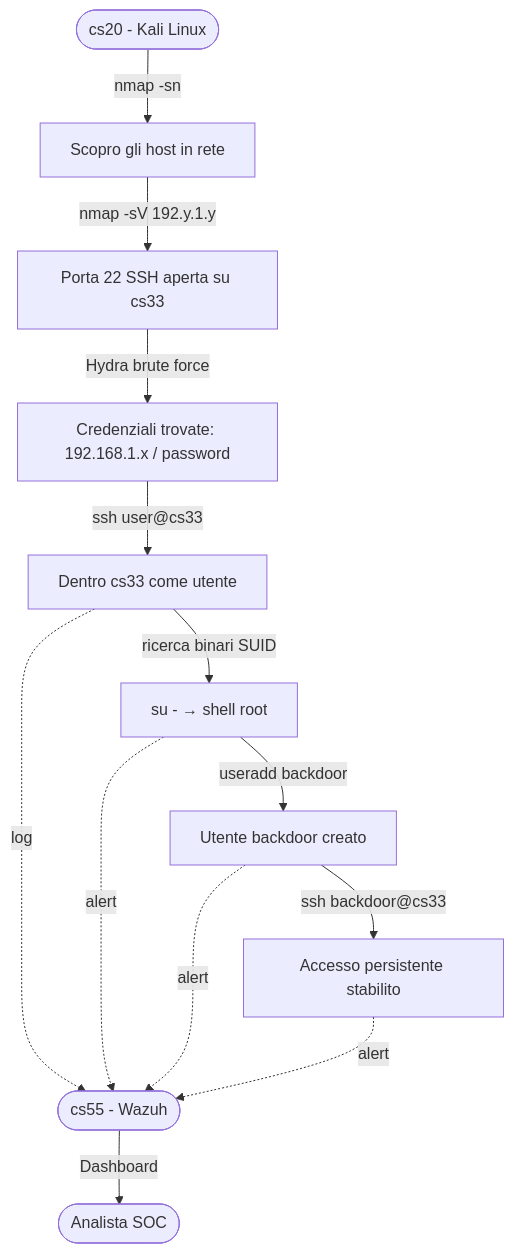
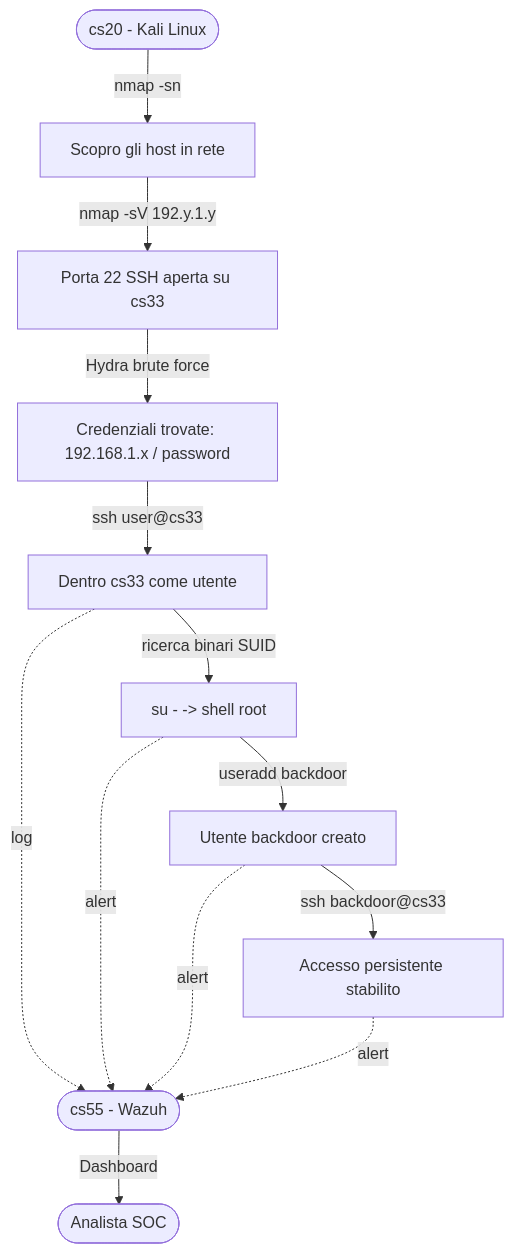
One commit to MindfulLearner/dimaNet-homeLabServer changed the diagram in soc-siem-lab/it/plan-1.md. Above: the diagram before and after it, drawn with Mermaid. The commit also changed 25 other files, not shown here.

````diff
--- a/soc-siem-lab/it/plan-1.md
+++ b/soc-siem-lab/it/plan-1.md
@@ -18,17 +18,17 @@
 ```mermaid
 flowchart TD
     A([cs20 - Kali Linux]) -->|nmap -sn| B[Scopro gli host in rete]
     B -->|nmap -sV 192.y.1.y| C[Porta 22 SSH aperta su cs33]
     C -->|Hydra brute force| D["Credenziali trovate: 192.168.1.x / password"]
     D -->|"ssh user@cs33"| E["Dentro cs33 come utente"]
-    E -->|ricerca binari SUID| F[su - → shell root]
+    E -->|ricerca binari SUID| F[su - -> shell root]
     F -->|useradd backdoor| G[Utente backdoor creato]
     G -->|ssh backdoor@cs33| H[Accesso persistente stabilito]
 
     E -.->|log| I([cs55 - Wazuh])
     F -.->|alert| I
     G -.->|alert| I
     H -.->|alert| I
 
     I -->|Dashboard| J([Analista SOC])
 ```
````
